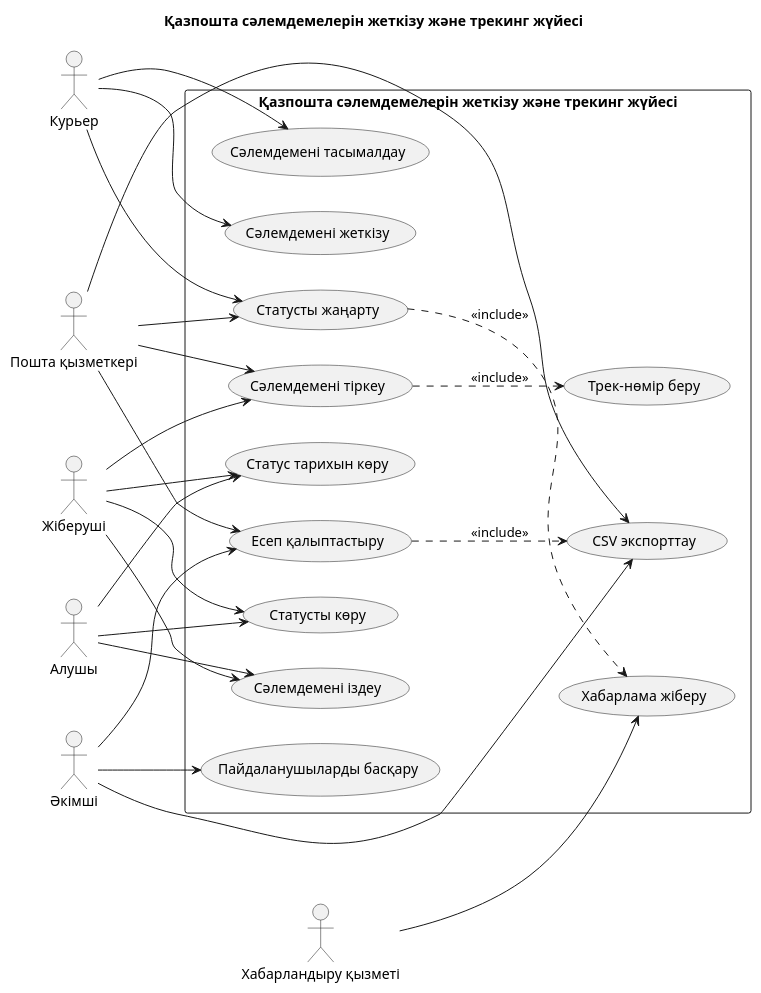
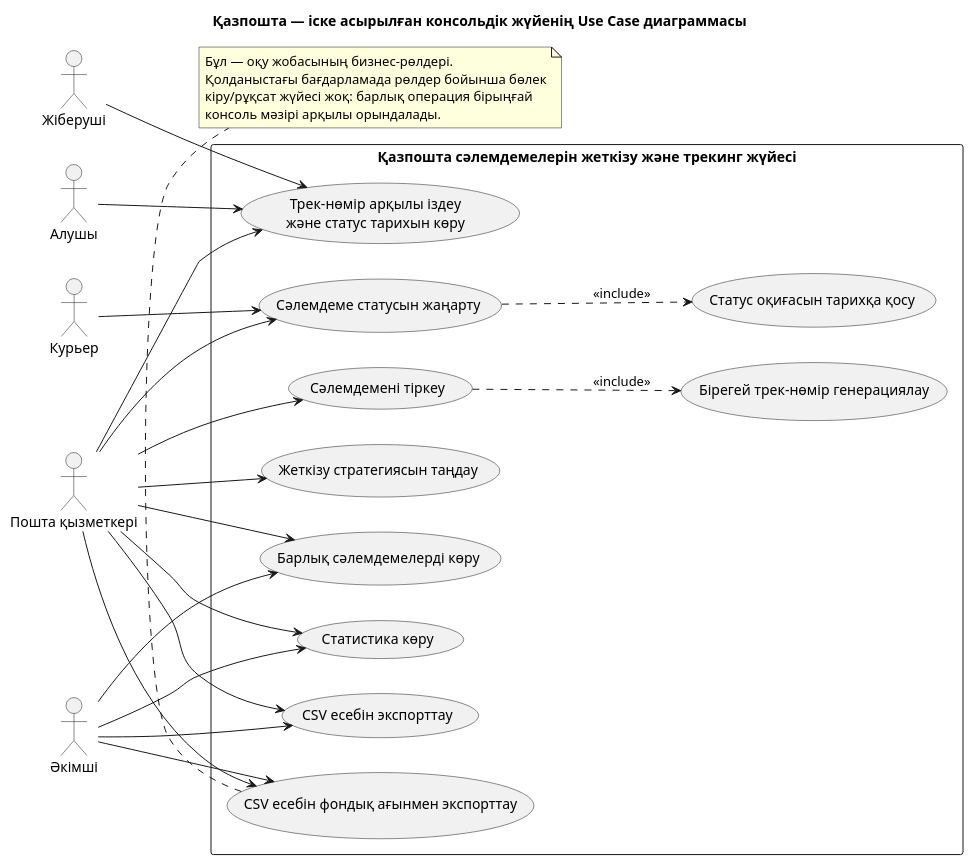
The diagram in docs/uml/use-case.puml (ajymaskar082/Kazpost-Parcel-Tracking), drawn with PlantUML before and after one commit.

Commit message:
Align use case diagram with implemented console menu

```diff
--- a/docs/uml/use-case.puml
+++ b/docs/uml/use-case.puml
@@ -1,54 +1,52 @@
 @startuml
 left to right direction
-title Қазпошта сәлемдемелерін жеткізу және трекинг жүйесі
+title Қазпошта — іске асырылған консольдік жүйенің Use Case диаграммасы
 
 actor "Жіберуші" as Sender
 actor "Алушы" as Recipient
 actor "Пошта қызметкері" as Operator
 actor "Курьер" as Courier
 actor "Әкімші" as Admin
-actor "Хабарландыру қызметі" as Notification
 
 rectangle "Қазпошта сәлемдемелерін жеткізу және трекинг жүйесі" {
   usecase "Сәлемдемені тіркеу" as UC1
-  usecase "Трек-нөмір беру" as UC2
-  usecase "Сәлемдемені іздеу" as UC3
-  usecase "Статусты көру" as UC4
-  usecase "Статус тарихын көру" as UC5
-  usecase "Статусты жаңарту" as UC6
-  usecase "Сәлемдемені тасымалдау" as UC7
-  usecase "Сәлемдемені жеткізу" as UC8
-  usecase "Хабарлама жіберу" as UC9
-  usecase "Есеп қалыптастыру" as UC10
-  usecase "CSV экспорттау" as UC11
-  usecase "Пайдаланушыларды басқару" as UC12
+  usecase "Бірегей трек-нөмір генерациялау" as UC2
+  usecase "Трек-нөмір арқылы іздеу\nжәне статус тарихын көру" as UC3
+  usecase "Барлық сәлемдемелерді көру" as UC4
+  usecase "Сәлемдеме статусын жаңарту" as UC5
+  usecase "Статус оқиғасын тарихқа қосу" as UC6
+  usecase "Статистика көру" as UC7
+  usecase "Жеткізу стратегиясын таңдау" as UC8
+  usecase "CSV есебін экспорттау" as UC9
+  usecase "CSV есебін фондық ағынмен экспорттау" as UC10
 }
 
-Sender --> UC1
 Sender --> UC3
-Sender --> UC4
-Sender --> UC5
-
 Recipient --> UC3
-Recipient --> UC4
-Recipient --> UC5
 
 Operator --> UC1
-Operator --> UC6
+Operator --> UC3
+Operator --> UC4
+Operator --> UC5
+Operator --> UC7
+Operator --> UC8
+Operator --> UC9
 Operator --> UC10
-Operator --> UC11
 
-Courier --> UC7
-Courier --> UC8
-Courier --> UC6
+Courier --> UC5
 
+Admin --> UC4
+Admin --> UC7
+Admin --> UC9
 Admin --> UC10
-Admin --> UC11
-Admin --> UC12
-
-Notification --> UC9
 
 UC1 ..> UC2 : <<include>>
-UC6 ..> UC9 : <<include>>
-UC10 ..> UC11 : <<include>>
+UC5 ..> UC6 : <<include>>
+
+note bottom
+Бұл — оқу жобасының бизнес-рөлдері.
+Қолданыстағы бағдарламада рөлдер бойынша бөлек
+кіру/рұқсат жүйесі жоқ: барлық операция бірыңғай
+консоль мәзірі арқылы орындалады.
+end note
 @enduml
```
